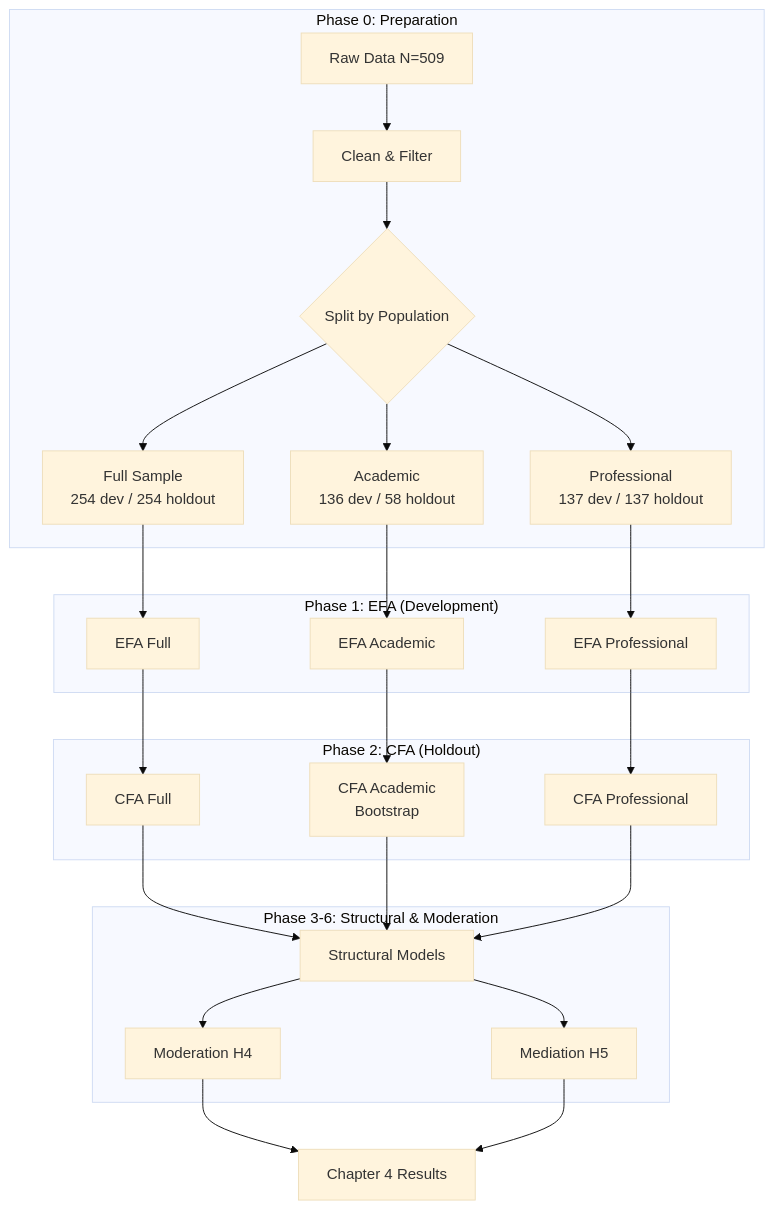
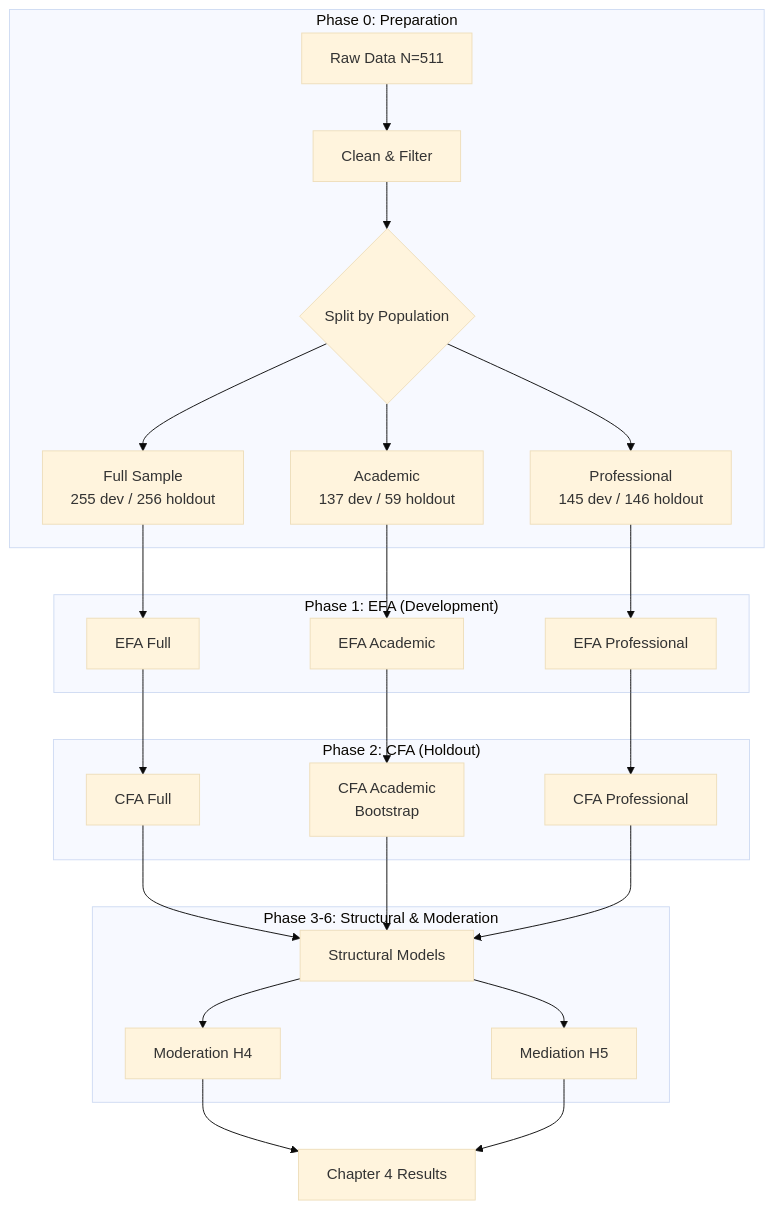
Before and after one commit to fabioc-aloha/AIRS_Data_Analysis: the second of 4 diagrams in plan/ANALYSIS_PLAN.md, drawn with Mermaid (base theme). The commit also changed other lines of this file and 135 other files, not shown here.

````diff
--- a/plan/ANALYSIS_PLAN.md
+++ b/plan/ANALYSIS_PLAN.md
@@ -108,33 +120,33 @@
 ```mermaid
 flowchart TB
     subgraph Phase0["Phase 0: Preparation"]
-        RAW[Raw Data N=509] --> CLEAN[Clean & Filter]
+        RAW[Raw Data N=511] --> CLEAN[Clean & Filter]
         CLEAN --> SPLIT{Split by Population}
-        SPLIT --> FULL[Full Sample<br/>254 dev / 254 holdout]
-        SPLIT --> ACAD[Academic<br/>136 dev / 58 holdout]
-        SPLIT --> PROF[Professional<br/>137 dev / 137 holdout]
+        SPLIT --> FULL[Full Sample<br/>255 dev / 256 holdout]
+        SPLIT --> ACAD[Academic<br/>137 dev / 59 holdout]
+        SPLIT --> PROF[Professional<br/>145 dev / 146 holdout]
     end
 
     subgraph Phase1["Phase 1: EFA (Development)"]
         FULL --> EFA_F[EFA Full]
         ACAD --> EFA_A[EFA Academic]
         PROF --> EFA_P[EFA Professional]
     end
 
     subgraph Phase2["Phase 2: CFA (Holdout)"]
         EFA_F --> CFA_F[CFA Full]
         EFA_A --> CFA_A[CFA Academic<br/>Bootstrap]
         EFA_P --> CFA_P[CFA Professional]
     end
 
     subgraph Phase3["Phase 3-6: Structural & Moderation"]
         CFA_F --> SEM[Structural Models]
         CFA_A --> SEM
         CFA_P --> SEM
         SEM --> MED[Mediation H5]
         SEM --> MOD[Moderation H4]
     end
 
     MOD --> RESULTS[Chapter 4 Results]
     MED --> RESULTS
 ```
````
